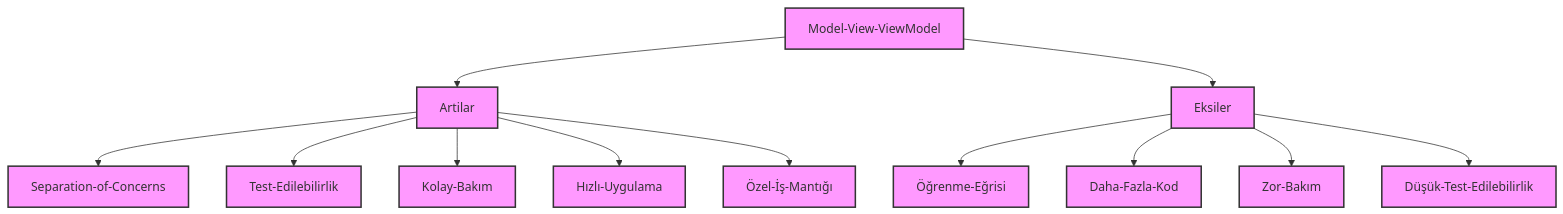
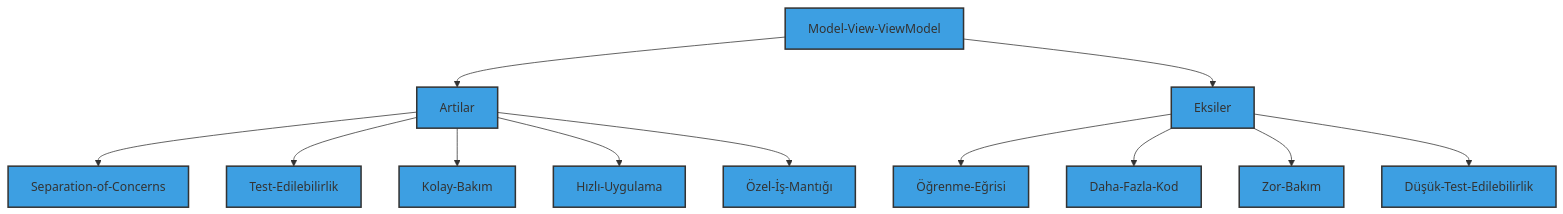
Before and after one commit to xanthidcrab/ozgenc-3: the diagram in README.md, drawn with Mermaid.

Commit message:
Redme.md diagram color change

````diff
--- a/README.md
+++ b/README.md
@@ -314,38 +314,38 @@
 ```mermaid
 flowchart TB
     Model-View-ViewModel  --> Artilar
     Model-View-ViewModel  --> Eksiler
 
     
 
     Artilar --> Separation-of-Concerns
     Artilar --> Test-Edilebilirlik
     Artilar --> Kolay-Bakım
 
     Eksiler --> Öğrenme-Eğrisi
     Eksiler --> Daha-Fazla-Kod
 
     Artilar --> Hızlı-Uygulama
     Artilar --> Özel-İş-Mantığı
 
     Eksiler --> Zor-Bakım
     Eksiler --> Düşük-Test-Edilebilirlik
 
-style Model-View-ViewModel fill:#f9f,stroke:#333,stroke-width:2px;
-    style Artilar fill:#f9f,stroke:#333,stroke-width:2px;
-    style Eksiler fill:#f9f,stroke:#333,stroke-width:2px;
-    style Separation-of-Concerns fill:#f9f,stroke:#333,stroke-width:2px;
-    style Test-Edilebilirlik fill:#f9f,stroke:#333,stroke-width:2px;
-    style Kolay-Bakım fill:#f9f,stroke:#333,stroke-width:2px;
-    style Öğrenme-Eğrisi fill:#f9f,stroke:#333,stroke-width:2px;
-    style Daha-Fazla-Kod fill:#f9f,stroke:#333,stroke-width:2px;
-    style Hızlı-Uygulama fill:#f9f,stroke:#333,stroke-width:2px;
-    style Özel-İş-Mantığı fill:#f9f,stroke:#333,stroke-width:2px;
-    style Zor-Bakım fill:#f9f,stroke:#333,stroke-width:2px;
-    style Düşük-Test-Edilebilirlik fill:#f9f,stroke:#333,stroke-width:2px;
+style Model-View-ViewModel fill:#3d9fe2,stroke:#333,stroke-width:2px;
+    style Artilar fill:#3d9fe2,stroke:#333,stroke-width:2px;
+    style Eksiler fill:#3d9fe2,stroke:#333,stroke-width:2px;
+    style Separation-of-Concerns fill:#3d9fe2,stroke:#333,stroke-width:2px;
+    style Test-Edilebilirlik fill:#3d9fe2,stroke:#333,stroke-width:2px;
+    style Kolay-Bakım fill:#3d9fe2,stroke:#333,stroke-width:2px;
+    style Öğrenme-Eğrisi fill:#3d9fe2,stroke:#333,stroke-width:2px;
+    style Daha-Fazla-Kod fill:#3d9fe2,stroke:#333,stroke-width:2px;
+    style Hızlı-Uygulama fill:#3d9fe2,stroke:#333,stroke-width:2px;
+    style Özel-İş-Mantığı fill:#3d9fe2,stroke:#333,stroke-width:2px;
+    style Zor-Bakım fill:#3d9fe2,stroke:#333,stroke-width:2px;
+    style Düşük-Test-Edilebilirlik fill:#3d9fe2,stroke:#333,stroke-width:2px;
 
 
 
     
 
 ```
````
